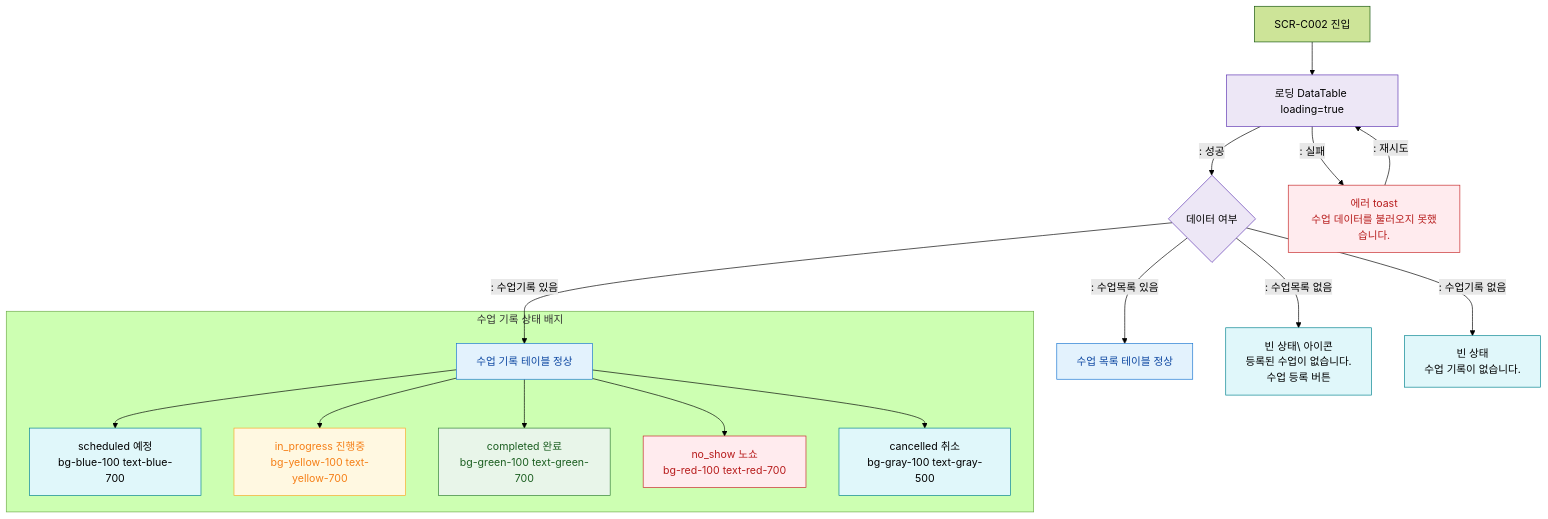
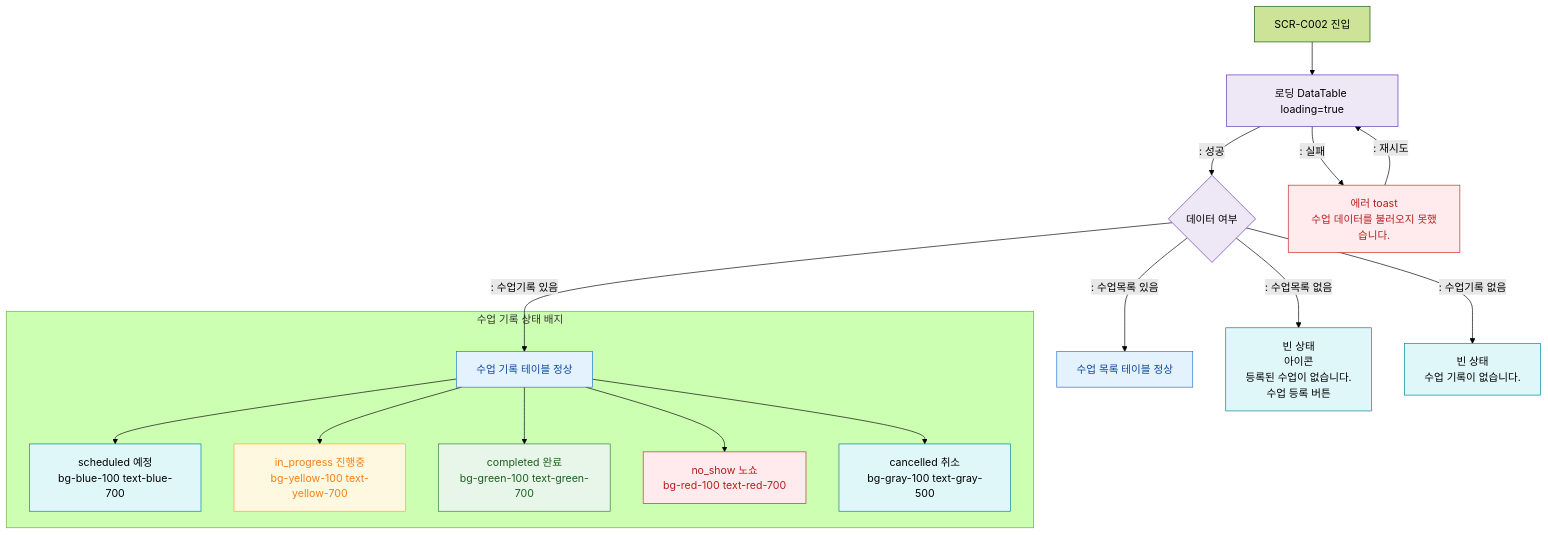
The diagram in docs/admin/다이어그램/D04_수업관리/SCR-C002_수업관리/F6_상태별.md (dev-spogym/admin-pando), drawn with Mermaid (forest theme) before and after one commit. The commit also changed 369 other files, not shown here.

````diff
--- a/docs/admin/다이어그램/D04_수업관리/SCR-C002_수업관리/F6_상태별.md
+++ b/docs/admin/다이어그램/D04_수업관리/SCR-C002_수업관리/F6_상태별.md
@@ -18,36 +18,36 @@
 ```mermaid
 flowchart TD
   Enter[SCR-C002 진입] --> Loading[로딩 DataTable loading=true]
   Loading -->|": 성공"|DataCheck{데이터 여부}
   Loading -->|": 실패"|ErrState[에러 toast\n수업 데이터를 불러오지 못했습니다.]
 
   DataCheck -->|": 수업목록 있음"|NormalLesson[수업 목록 테이블 정상]
-  DataCheck -->|": 수업목록 없음"|EmptyLesson[빈 상태\ 아이콘\n등록된 수업이 없습니다.\n수업 등록 버튼]
+  DataCheck -->|": 수업목록 없음"|EmptyLesson[빈 상태<br/> 아이콘\n등록된 수업이 없습니다.\n수업 등록 버튼]
 
   DataCheck -->|": 수업기록 있음"|NormalRecord[수업 기록 테이블 정상]
   DataCheck -->|": 수업기록 없음"|EmptyRecord[빈 상태\n수업 기록이 없습니다.]
 
   subgraph LessonStatusBadge[수업 기록 상태 배지]
     NormalRecord --> Scheduled[scheduled 예정\nbg-blue-100 text-blue-700]
     NormalRecord --> InProgress[in_progress 진행중\nbg-yellow-100 text-yellow-700]
     NormalRecord --> Completed[completed 완료\nbg-green-100 text-green-700]
     NormalRecord --> NoShow[no_show 노쇼\nbg-red-100 text-red-700]
     NormalRecord --> Cancelled[cancelled 취소\nbg-gray-100 text-gray-500]
   end
 
   ErrState -->|": 재시도"|Loading
 
   classDef screen fill:#E3F2FD,stroke:#1976D2,color:#0D47A1
   classDef system fill:#EDE7F6,stroke:#5E35B2
   classDef error fill:#FFEBEE,stroke:#C62828,color:#B71C1C
   classDef info fill:#E0F7FA,stroke:#00838F
   classDef success fill:#E8F5E9,stroke:#2E7D32,color:#1B5E20
   classDef warning fill:#FFF8E1,stroke:#F9A825,color:#F57F17
   class NormalLesson,NormalRecord screen
   class Loading,DataCheck system
   class ErrState,NoShow error
   class EmptyLesson,EmptyRecord,Cancelled info
   class Completed success
   class InProgress warning
   class Scheduled info
 ```
````
